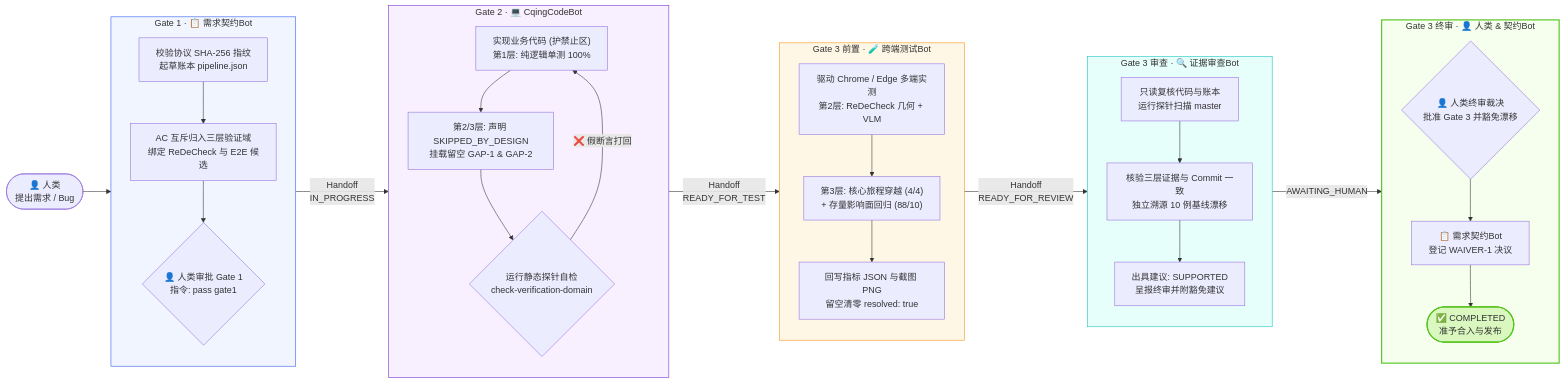
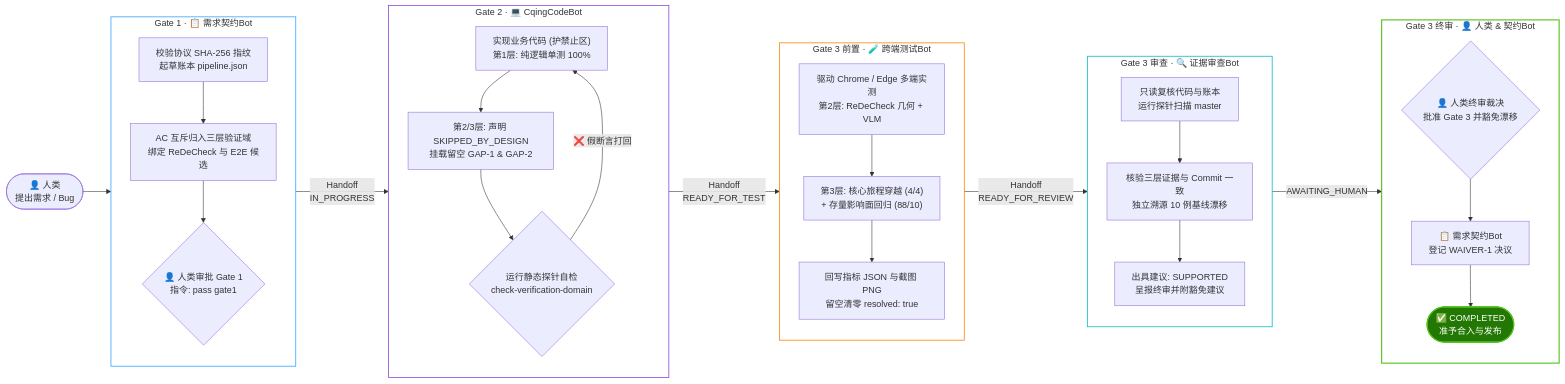
One commit to heycqing/orca-dev-squad changed the third of 5 diagrams in _shared/研发测试小分队交付协议演进对比报告（v1.0至v1.4）.md. Above: the diagram before and after it, drawn with Mermaid. The commit also changed other lines of this file, not shown here.

````diff
--- a/_shared/研发测试小分队交付协议演进对比报告（v1.0至v1.4）.md
+++ b/_shared/研发测试小分队交付协议演进对比报告（v1.0至v1.4）.md
@@ -174,58 +174,58 @@
 ```mermaid
 flowchart LR
     Start(["👤 人类<br/>提出需求 / Bug"])
 
     subgraph G1["Gate 1 · 📋 需求契约Bot"]
         direction TB
         G1_A["校验协议 SHA-256 指纹<br/>起草账本 pipeline.json"]
         G1_B["AC 互斥归入三层验证域<br/>绑定 ReDeCheck 与 E2E 候选"]
         G1_C{"👤 人类审批 Gate 1<br/>指令: pass gate1"}
         G1_A --> G1_B --> G1_C
     end
 
     subgraph G2["Gate 2 · 💻 CqingCodeBot"]
         direction TB
         G2_A["实现业务代码 (护禁止区)<br/>第1层: 纯逻辑单测 100%"]
         G2_B["第2/3层: 声明 SKIPPED_BY_DESIGN<br/>挂载留空 GAP-1 & GAP-2"]
         G2_C{"运行静态探针自检<br/>check-verification-domain"}
         G2_A --> G2_B --> G2_C
         G2_C -->|"❌ 假断言打回"| G2_A
     end
 
     subgraph G3T["Gate 3 前置 · 🧪 跨端测试Bot"]
         direction TB
         G3T_A["驱动 Chrome / Edge 多端实测<br/>第2层: ReDeCheck 几何 + VLM"]
         G3T_B["第3层: 核心旅程穿越 (4/4)<br/>+ 存量影响面回归 (88/10)"]
         G3T_C["回写指标 JSON 与截图 PNG<br/>留空清零 resolved: true"]
         G3T_A --> G3T_B --> G3T_C
     end
 
     subgraph G3A["Gate 3 审查 · 🔍 证据审查Bot"]
         direction TB
         G3A_A["只读复核代码与账本<br/>运行探针扫描 master"]
         G3A_B["核验三层证据与 Commit 一致<br/>独立溯源 10 例基线漂移"]
         G3A_C["出具建议: SUPPORTED<br/>呈报终审并附豁免建议"]
         G3A_A --> G3A_B --> G3A_C
     end
 
     subgraph G3H["Gate 3 终审 · 👤 人类 & 契约Bot"]
         direction TB
         H_Final{"👤 人类终审裁决<br/>批准 Gate 3 并豁免漂移"}
         C_Waive["📋 需求契约Bot<br/>登记 WAIVER-1 决议"]
         Done(["✅ COMPLETED<br/>准予合入与发布"])
         H_Final --> C_Waive --> Done
     end
 
     Start --> G1_A
     G1_C -->|"Handoff<br/>IN_PROGRESS"| G2_A
     G2_C -->|"Handoff<br/>READY_FOR_TEST"| G3T_A
     G3T_C -->|"Handoff<br/>READY_FOR_REVIEW"| G3A_A
     G3A_C -->|"AWAITING_HUMAN"| H_Final
 
-    style G1 fill:#f0f5ff,stroke:#2f54eb,stroke-width:1px
-    style G2 fill:#f9f0ff,stroke:#722ed1,stroke-width:1px
-    style G3T fill:#fff7e6,stroke:#fa8c16,stroke-width:1px
-    style G3A fill:#e6fffb,stroke:#13c2c2,stroke-width:1px
-    style G3H fill:#f6ffed,stroke:#52c41a,stroke-width:2px
-    style Done fill:#d9f7be,stroke:#52c41a,stroke-width:2px
+    style G1 fill:transparent,stroke:#40a9ff,stroke-width:1.5px
+    style G2 fill:transparent,stroke:#9254de,stroke-width:1.5px
+    style G3T fill:transparent,stroke:#fa8c16,stroke-width:1.5px
+    style G3A fill:transparent,stroke:#13c2c2,stroke-width:1.5px
+    style G3H fill:transparent,stroke:#52c41a,stroke-width:2px
+    style Done fill:#237804,stroke:#52c41a,color:#ffffff,stroke-width:2px
 ```
````
